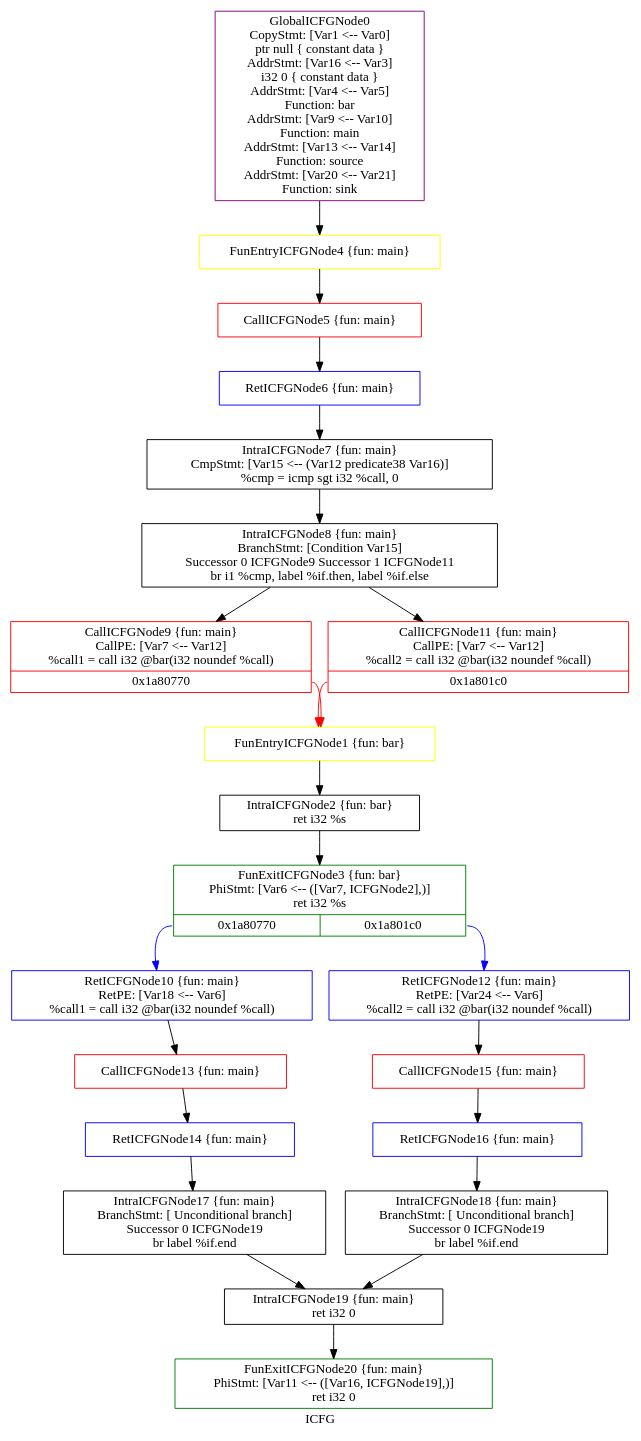
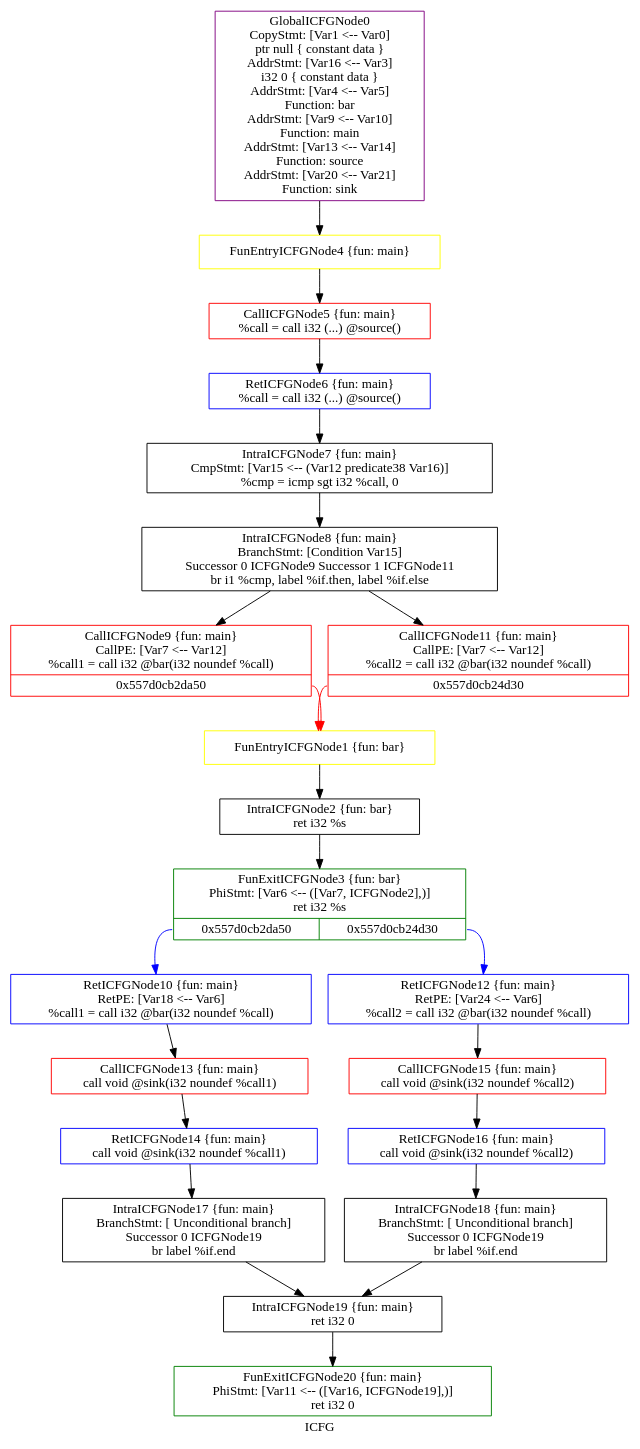
One commit to SVF-tools/Teaching-Software-Analysis changed the diagram in Assignment-2/testcase/dot/test2.ll.icfg.dot. Above: the diagram before and after it, drawn with Graphviz. The commit also changed 5 other files, not shown here.

```diff
--- a/Assignment-2/testcase/dot/test2.ll.icfg.dot
+++ b/Assignment-2/testcase/dot/test2.ll.icfg.dot
@@ -1,47 +1,47 @@
 digraph "ICFG" {
 	label="ICFG";
 
-	Node0x1a6bf20 [shape=record,color=purple,label="{GlobalICFGNode0\nCopyStmt: [Var1 \<-- Var0]  \n ptr null \{ constant data \}\nAddrStmt: [Var16 \<-- Var3]  \n i32 0 \{ constant data \}\nAddrStmt: [Var4 \<-- Var5]  \nFunction: bar \nAddrStmt: [Var9 \<-- Var10]  \nFunction: main \nAddrStmt: [Var13 \<-- Var14]  \nFunction: source \nAddrStmt: [Var20 \<-- Var21]  \nFunction: sink }"];
-	Node0x1a6bf20 -> Node0x1a623c0[style=solid];
-	Node0x1a60360 [shape=record,color=yellow,label="{FunEntryICFGNode1 \{fun: bar\}}"];
-	Node0x1a60360 -> Node0x1ad9d60[style=solid];
-	Node0x1ad9d60 [shape=record,color=black,label="{IntraICFGNode2 \{fun: bar\}\n   ret i32 %s }"];
-	Node0x1ad9d60 -> Node0x1a803d0[style=solid];
-	Node0x1a803d0 [shape=record,color=green,label="{FunExitICFGNode3 \{fun: bar\}\nPhiStmt: [Var6 \<-- ([Var7, ICFGNode2],)]  \n   ret i32 %s |{<s0>0x1a80770|<s1>0x1a801c0}}"];
-	Node0x1a803d0:s0 -> Node0x1a6bfe0[style=solid,color=blue];
-	Node0x1a803d0:s1 -> Node0x1a760f0[style=solid,color=blue];
-	Node0x1a623c0 [shape=record,color=yellow,label="{FunEntryICFGNode4 \{fun: main\}}"];
-	Node0x1a623c0 -> Node0x1ab0880[style=solid];
-	Node0x1ab0880 [shape=record,color=red,label="{CallICFGNode5 \{fun: main\}}"];
-	Node0x1ab0880 -> Node0x1a8ace0[style=solid];
-	Node0x1a8ace0 [shape=record,color=blue,label="{RetICFGNode6 \{fun: main\}}"];
-	Node0x1a8ace0 -> Node0x1a56230[style=solid];
-	Node0x1a56230 [shape=record,color=black,label="{IntraICFGNode7 \{fun: main\}\nCmpStmt: [Var15 \<-- (Var12 predicate38 Var16)]  \n   %cmp = icmp sgt i32 %call, 0 }"];
-	Node0x1a56230 -> Node0x1a687a0[style=solid];
-	Node0x1a687a0 [shape=record,color=black,label="{IntraICFGNode8 \{fun: main\}\nBranchStmt: [Condition Var15]\nSuccessor 0 ICFGNode9   Successor 1 ICFGNode11   \n   br i1 %cmp, label %if.then, label %if.else }"];
-	Node0x1a687a0 -> Node0x1ad8f40[style=solid];
-	Node0x1a687a0 -> Node0x1ab9340[style=solid];
-	Node0x1ad8f40 [shape=record,color=red,label="{CallICFGNode9 \{fun: main\}\nCallPE: [Var7 \<-- Var12]  \n   %call1 = call i32 @bar(i32 noundef %call) |{<s0>0x1a80770}}"];
-	Node0x1ad8f40:s0 -> Node0x1a60360[style=solid,color=red];
-	Node0x1a6bfe0 [shape=record,color=blue,label="{RetICFGNode10 \{fun: main\}\nRetPE: [Var18 \<-- Var6]  \n   %call1 = call i32 @bar(i32 noundef %call) }"];
-	Node0x1a6bfe0 -> Node0x1ac4690[style=solid];
-	Node0x1ab9340 [shape=record,color=red,label="{CallICFGNode11 \{fun: main\}\nCallPE: [Var7 \<-- Var12]  \n   %call2 = call i32 @bar(i32 noundef %call) |{<s0>0x1a801c0}}"];
-	Node0x1ab9340:s0 -> Node0x1a60360[style=solid,color=red];
-	Node0x1a760f0 [shape=record,color=blue,label="{RetICFGNode12 \{fun: main\}\nRetPE: [Var24 \<-- Var6]  \n   %call2 = call i32 @bar(i32 noundef %call) }"];
-	Node0x1a760f0 -> Node0x1aa24b0[style=solid];
-	Node0x1ac4690 [shape=record,color=red,label="{CallICFGNode13 \{fun: main\}}"];
-	Node0x1ac4690 -> Node0x1a6c270[style=solid];
-	Node0x1a6c270 [shape=record,color=blue,label="{RetICFGNode14 \{fun: main\}}"];
-	Node0x1a6c270 -> Node0x1ad09e0[style=solid];
-	Node0x1aa24b0 [shape=record,color=red,label="{CallICFGNode15 \{fun: main\}}"];
-	Node0x1aa24b0 -> Node0x1ae9910[style=solid];
-	Node0x1ae9910 [shape=record,color=blue,label="{RetICFGNode16 \{fun: main\}}"];
-	Node0x1ae9910 -> Node0x1a620c0[style=solid];
-	Node0x1ad09e0 [shape=record,color=black,label="{IntraICFGNode17 \{fun: main\}\nBranchStmt: [ Unconditional branch]\nSuccessor 0 ICFGNode19   \n   br label %if.end }"];
-	Node0x1ad09e0 -> Node0x1a6a4d0[style=solid];
-	Node0x1a620c0 [shape=record,color=black,label="{IntraICFGNode18 \{fun: main\}\nBranchStmt: [ Unconditional branch]\nSuccessor 0 ICFGNode19   \n   br label %if.end }"];
-	Node0x1a620c0 -> Node0x1a6a4d0[style=solid];
-	Node0x1a6a4d0 [shape=record,color=black,label="{IntraICFGNode19 \{fun: main\}\n   ret i32 0 }"];
-	Node0x1a6a4d0 -> Node0x1a6c380[style=solid];
-	Node0x1a6c380 [shape=record,color=green,label="{FunExitICFGNode20 \{fun: main\}\nPhiStmt: [Var11 \<-- ([Var16, ICFGNode19],)]  \n   ret i32 0 }"];
+	Node0x557d0cb41a00 [shape=record,color=purple,label="{GlobalICFGNode0\nCopyStmt: [Var1 \<-- Var0]  \n ptr null \{ constant data \}\nAddrStmt: [Var16 \<-- Var3]  \n i32 0 \{ constant data \}\nAddrStmt: [Var4 \<-- Var5]  \nFunction: bar \nAddrStmt: [Var9 \<-- Var10]  \nFunction: main \nAddrStmt: [Var13 \<-- Var14]  \nFunction: source \nAddrStmt: [Var20 \<-- Var21]  \nFunction: sink }"];
+	Node0x557d0cb41a00 -> Node0x557d0cae4520[style=solid];
+	Node0x557d0cae24c0 [shape=record,color=yellow,label="{FunEntryICFGNode1 \{fun: bar\}}"];
+	Node0x557d0cae24c0 -> Node0x557d0caf5e30[style=solid];
+	Node0x557d0caf5e30 [shape=record,color=black,label="{IntraICFGNode2 \{fun: bar\}\n   ret i32 %s }"];
+	Node0x557d0caf5e30 -> Node0x557d0cb01730[style=solid];
+	Node0x557d0cb01730 [shape=record,color=green,label="{FunExitICFGNode3 \{fun: bar\}\nPhiStmt: [Var6 \<-- ([Var7, ICFGNode2],)]  \n   ret i32 %s |{<s0>0x557d0cb2da50|<s1>0x557d0cb24d30}}"];
+	Node0x557d0cb01730:s0 -> Node0x557d0cb37ef0[style=solid,color=blue];
+	Node0x557d0cb01730:s1 -> Node0x557d0caea7d0[style=solid,color=blue];
+	Node0x557d0cae4520 [shape=record,color=yellow,label="{FunEntryICFGNode4 \{fun: main\}}"];
+	Node0x557d0cae4520 -> Node0x557d0cafa1a0[style=solid];
+	Node0x557d0cafa1a0 [shape=record,color=red,label="{CallICFGNode5 \{fun: main\}\n   %call = call i32 (...) @source() }"];
+	Node0x557d0cafa1a0 -> Node0x557d0cb03760[style=solid];
+	Node0x557d0cb03760 [shape=record,color=blue,label="{RetICFGNode6 \{fun: main\}\n   %call = call i32 (...) @source() }"];
+	Node0x557d0cb03760 -> Node0x557d0caeb050[style=solid];
+	Node0x557d0caeb050 [shape=record,color=black,label="{IntraICFGNode7 \{fun: main\}\nCmpStmt: [Var15 \<-- (Var12 predicate38 Var16)]  \n   %cmp = icmp sgt i32 %call, 0 }"];
+	Node0x557d0caeb050 -> Node0x557d0caeac00[style=solid];
+	Node0x557d0caeac00 [shape=record,color=black,label="{IntraICFGNode8 \{fun: main\}\nBranchStmt: [Condition Var15]\nSuccessor 0 ICFGNode9   Successor 1 ICFGNode11   \n   br i1 %cmp, label %if.then, label %if.else }"];
+	Node0x557d0caeac00 -> Node0x557d0cb2da50[style=solid];
+	Node0x557d0caeac00 -> Node0x557d0cb24d30[style=solid];
+	Node0x557d0cb2da50 [shape=record,color=red,label="{CallICFGNode9 \{fun: main\}\nCallPE: [Var7 \<-- Var12]  \n   %call1 = call i32 @bar(i32 noundef %call) |{<s0>0x557d0cb2da50}}"];
+	Node0x557d0cb2da50:s0 -> Node0x557d0cae24c0[style=solid,color=red];
+	Node0x557d0cb37ef0 [shape=record,color=blue,label="{RetICFGNode10 \{fun: main\}\nRetPE: [Var18 \<-- Var6]  \n   %call1 = call i32 @bar(i32 noundef %call) }"];
+	Node0x557d0cb37ef0 -> Node0x557d0cae7de0[style=solid];
+	Node0x557d0cb24d30 [shape=record,color=red,label="{CallICFGNode11 \{fun: main\}\nCallPE: [Var7 \<-- Var12]  \n   %call2 = call i32 @bar(i32 noundef %call) |{<s0>0x557d0cb24d30}}"];
+	Node0x557d0cb24d30:s0 -> Node0x557d0cae24c0[style=solid,color=red];
+	Node0x557d0caea7d0 [shape=record,color=blue,label="{RetICFGNode12 \{fun: main\}\nRetPE: [Var24 \<-- Var6]  \n   %call2 = call i32 @bar(i32 noundef %call) }"];
+	Node0x557d0caea7d0 -> Node0x557d0cb46ea0[style=solid];
+	Node0x557d0cae7de0 [shape=record,color=red,label="{CallICFGNode13 \{fun: main\}\n   call void @sink(i32 noundef %call1) }"];
+	Node0x557d0cae7de0 -> Node0x557d0cae9ae0[style=solid];
+	Node0x557d0cae9ae0 [shape=record,color=blue,label="{RetICFGNode14 \{fun: main\}\n   call void @sink(i32 noundef %call1) }"];
+	Node0x557d0cae9ae0 -> Node0x557d0cb5be60[style=solid];
+	Node0x557d0cb46ea0 [shape=record,color=red,label="{CallICFGNode15 \{fun: main\}\n   call void @sink(i32 noundef %call2) }"];
+	Node0x557d0cb46ea0 -> Node0x557d0cb50e60[style=solid];
+	Node0x557d0cb50e60 [shape=record,color=blue,label="{RetICFGNode16 \{fun: main\}\n   call void @sink(i32 noundef %call2) }"];
+	Node0x557d0cb50e60 -> Node0x557d0cb5bab0[style=solid];
+	Node0x557d0cb5be60 [shape=record,color=black,label="{IntraICFGNode17 \{fun: main\}\nBranchStmt: [ Unconditional branch]\nSuccessor 0 ICFGNode19   \n   br label %if.end }"];
+	Node0x557d0cb5be60 -> Node0x557d0cb0d230[style=solid];
+	Node0x557d0cb5bab0 [shape=record,color=black,label="{IntraICFGNode18 \{fun: main\}\nBranchStmt: [ Unconditional branch]\nSuccessor 0 ICFGNode19   \n   br label %if.end }"];
+	Node0x557d0cb5bab0 -> Node0x557d0cb0d230[style=solid];
+	Node0x557d0cb0d230 [shape=record,color=black,label="{IntraICFGNode19 \{fun: main\}\n   ret i32 0 }"];
+	Node0x557d0cb0d230 -> Node0x557d0cb3ac20[style=solid];
+	Node0x557d0cb3ac20 [shape=record,color=green,label="{FunExitICFGNode20 \{fun: main\}\nPhiStmt: [Var11 \<-- ([Var16, ICFGNode19],)]  \n   ret i32 0 }"];
 }
```
